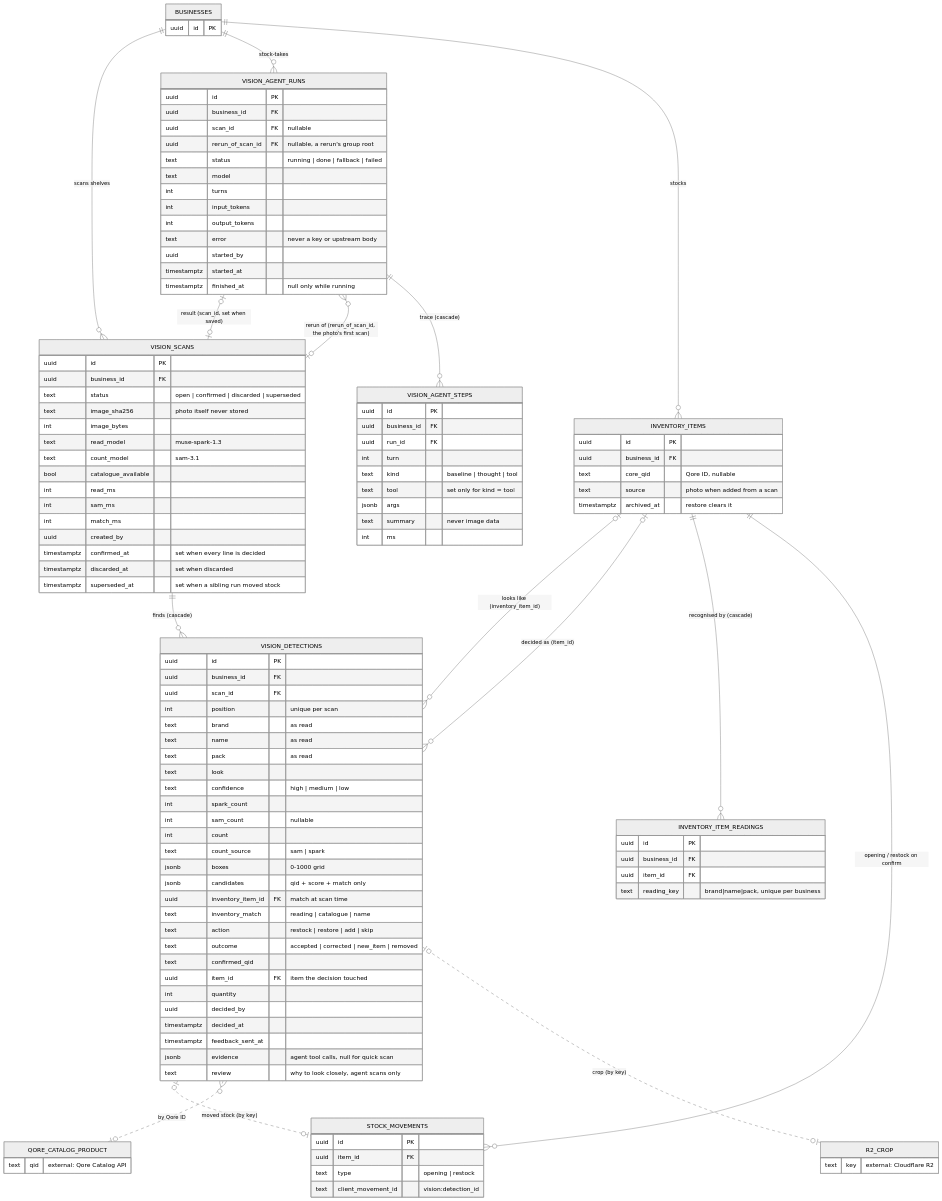
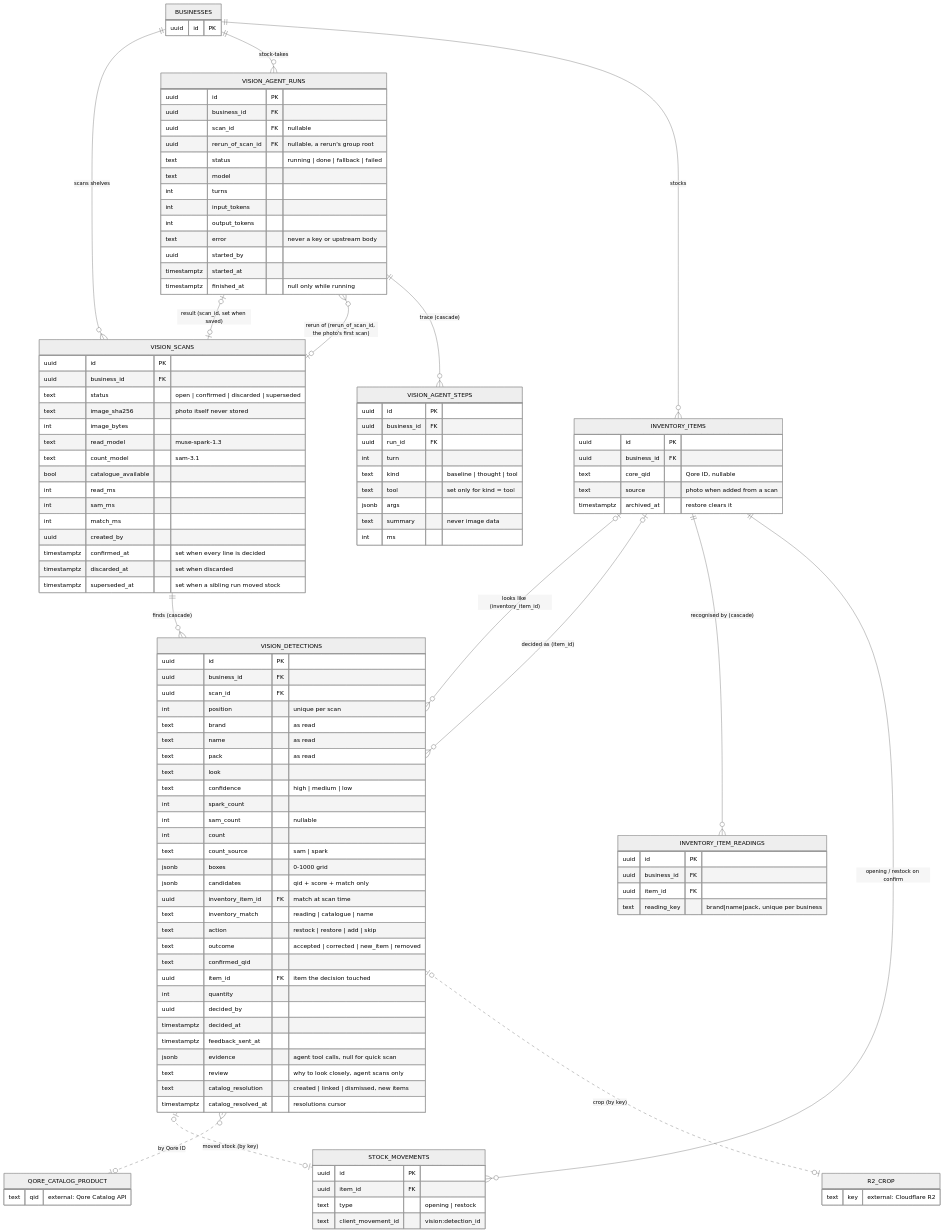
One commit to usecorehq/tally changed the diagram in docs/diagrams/mermaid/vision-schema-erd.mmd. Above: the diagram before and after it, drawn with Mermaid. The commit also changed 4 other files, not shown here.

```diff
--- a/docs/diagrams/mermaid/vision-schema-erd.mmd
+++ b/docs/diagrams/mermaid/vision-schema-erd.mmd
@@ -1,118 +1,120 @@
 %%{init: {"theme": "neutral"} }%%
 erDiagram
     %% Solid line = foreign key in Postgres. Dashed line = soft link (a value, no FK).
     BUSINESSES ||--o{ VISION_SCANS : "scans shelves"
     BUSINESSES ||--o{ VISION_AGENT_RUNS : "stock-takes"
     BUSINESSES ||--o{ INVENTORY_ITEMS : stocks
     VISION_SCANS ||--o{ VISION_DETECTIONS : "finds (cascade)"
     VISION_AGENT_RUNS |o--o| VISION_SCANS : "result (scan_id, set when saved)"
     VISION_AGENT_RUNS }o--o| VISION_SCANS : "rerun of (rerun_of_scan_id, the photo's first scan)"
     VISION_AGENT_RUNS ||--o{ VISION_AGENT_STEPS : "trace (cascade)"
     INVENTORY_ITEMS |o--o{ VISION_DETECTIONS : "looks like (inventory_item_id)"
     INVENTORY_ITEMS |o--o{ VISION_DETECTIONS : "decided as (item_id)"
     INVENTORY_ITEMS ||--o{ INVENTORY_ITEM_READINGS : "recognised by (cascade)"
     INVENTORY_ITEMS ||--o{ STOCK_MOVEMENTS : "opening / restock on confirm"
     VISION_DETECTIONS |o..o| STOCK_MOVEMENTS : "moved stock (by key)"
     VISION_DETECTIONS }o..o| QORE_CATALOG_PRODUCT : "by Qore ID"
     VISION_DETECTIONS |o..o| R2_CROP : "crop (by key)"
 
     BUSINESSES {
         uuid id PK
     }
     INVENTORY_ITEMS {
         uuid id PK
         uuid business_id FK
         text core_qid "Qore ID, nullable"
         text source "photo when added from a scan"
         timestamptz archived_at "restore clears it"
     }
     VISION_SCANS {
         uuid id PK
         uuid business_id FK
         text status "open | confirmed | discarded | superseded"
         text image_sha256 "photo itself never stored"
         int image_bytes
         text read_model "muse-spark-1.3"
         text count_model "sam-3.1"
         bool catalogue_available
         int read_ms
         int sam_ms
         int match_ms
         uuid created_by
         timestamptz confirmed_at "set when every line is decided"
         timestamptz discarded_at "set when discarded"
         timestamptz superseded_at "set when a sibling run moved stock"
     }
     VISION_DETECTIONS {
         uuid id PK
         uuid business_id FK
         uuid scan_id FK
         int position "unique per scan"
         text brand "as read"
         text name "as read"
         text pack "as read"
         text look
         text confidence "high | medium | low"
         int spark_count
         int sam_count "nullable"
         int count
         text count_source "sam | spark"
         jsonb boxes "0-1000 grid"
         jsonb candidates "qid + score + match only"
         uuid inventory_item_id FK "match at scan time"
         text inventory_match "reading | catalogue | name"
         text action "restock | restore | add | skip"
         text outcome "accepted | corrected | new_item | removed"
         text confirmed_qid
         uuid item_id FK "item the decision touched"
         int quantity
         uuid decided_by
         timestamptz decided_at
         timestamptz feedback_sent_at
         jsonb evidence "agent tool calls, null for quick scan"
         text review "why to look closely, agent scans only"
+        text catalog_resolution "created | linked | dismissed, new items"
+        timestamptz catalog_resolved_at "resolutions cursor"
     }
     INVENTORY_ITEM_READINGS {
         uuid id PK
         uuid business_id FK
         uuid item_id FK
         text reading_key "brand|name|pack, unique per business"
     }
     VISION_AGENT_RUNS {
         uuid id PK
         uuid business_id FK
         uuid scan_id FK "nullable"
         uuid rerun_of_scan_id FK "nullable, a rerun's group root"
         text status "running | done | fallback | failed"
         text model
         int turns
         int input_tokens
         int output_tokens
         text error "never a key or upstream body"
         uuid started_by
         timestamptz started_at
         timestamptz finished_at "null only while running"
     }
     VISION_AGENT_STEPS {
         uuid id PK
         uuid business_id FK
         uuid run_id FK
         int turn
         text kind "baseline | thought | tool"
         text tool "set only for kind = tool"
         jsonb args
         text summary "never image data"
         int ms
     }
     STOCK_MOVEMENTS {
         uuid id PK
         uuid item_id FK
         text type "opening | restock"
         text client_movement_id "vision:detection_id"
     }
     QORE_CATALOG_PRODUCT {
         text qid "external: Qore Catalog API"
     }
     R2_CROP {
         text key "external: Cloudflare R2"
     }
```
